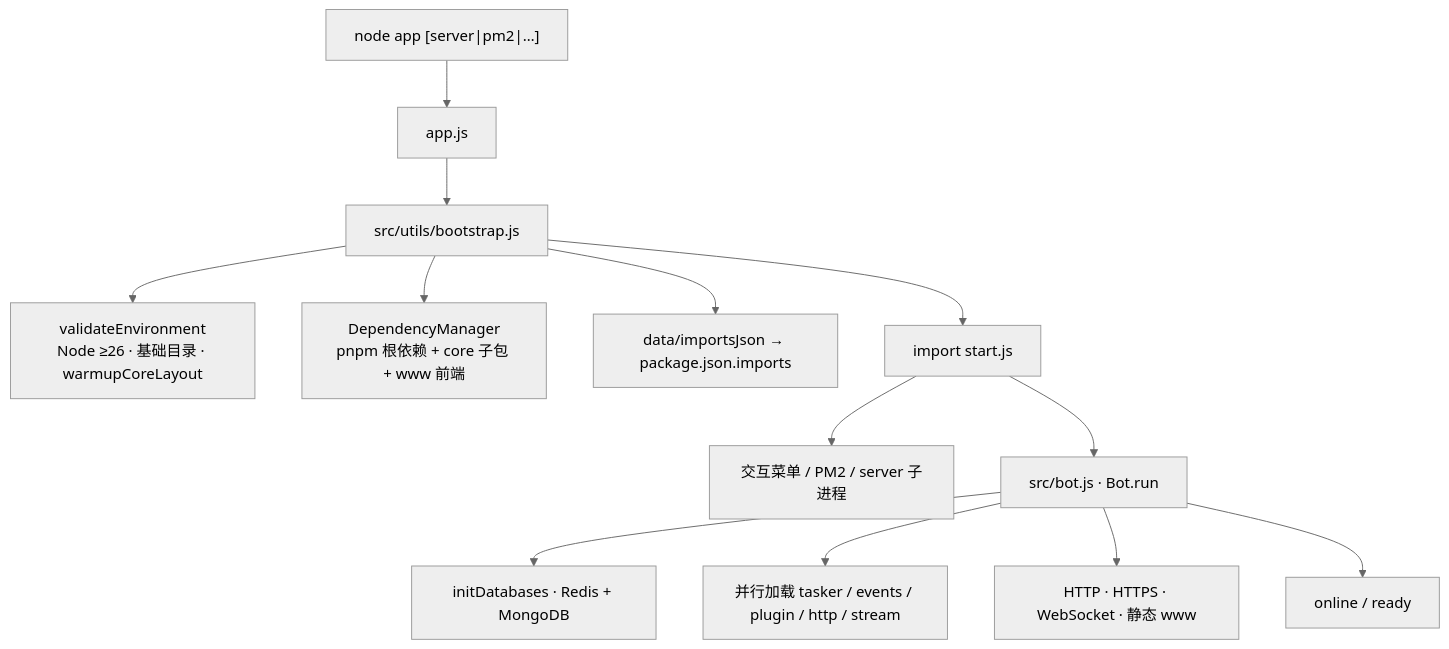
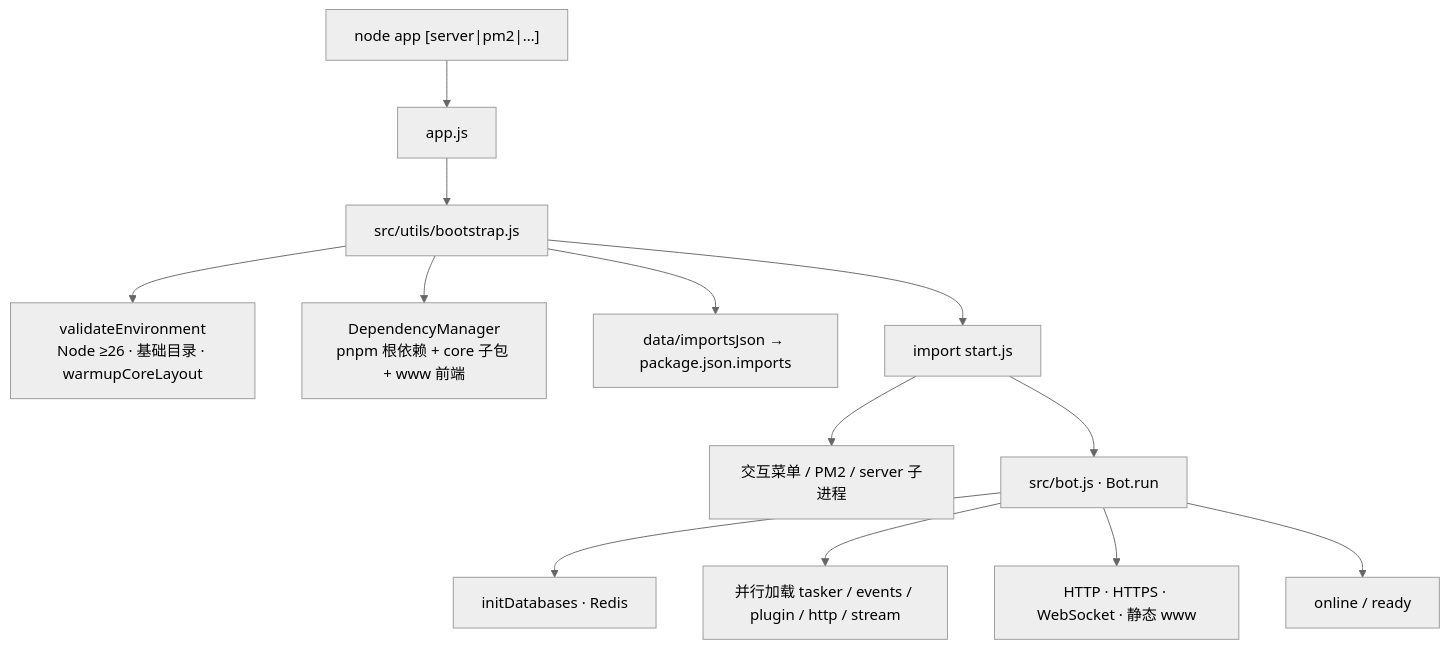
Before and after one commit to sunflowermm/XRK-AGT: the diagram in docs/startup.md, drawn with Mermaid (neutral theme). The commit also changed other lines of this file and 14 other files, not shown here.

````diff
--- a/docs/startup.md
+++ b/docs/startup.md
@@ -11,15 +11,15 @@
 ```mermaid
 flowchart TD
   CLI["node app [server|pm2|…]"] --> App["app.js"]
   App --> Boot["src/utils/bootstrap.js"]
   Boot --> Env["validateEnvironment<br/>Node ≥26 · 基础目录 · warmupCoreLayout"]
   Boot --> Deps["DependencyManager<br/>pnpm 根依赖 + core 子包 + www 前端"]
   Boot --> Imp["data/importsJson → package.json.imports"]
   Boot --> Start["import start.js"]
   Start --> Menu["交互菜单 / PM2 / server 子进程"]
   Start --> Bot["src/bot.js · Bot.run"]
-  Bot --> DB["initDatabases · Redis + MongoDB"]
+  Bot --> DB["initDatabases · Redis"]
   Bot --> Load["并行加载 tasker / events / plugin / http / stream"]
   Bot --> Srv["HTTP · HTTPS · WebSocket · 静态 www"]
   Bot --> Online["online / ready"]
 ```
````
